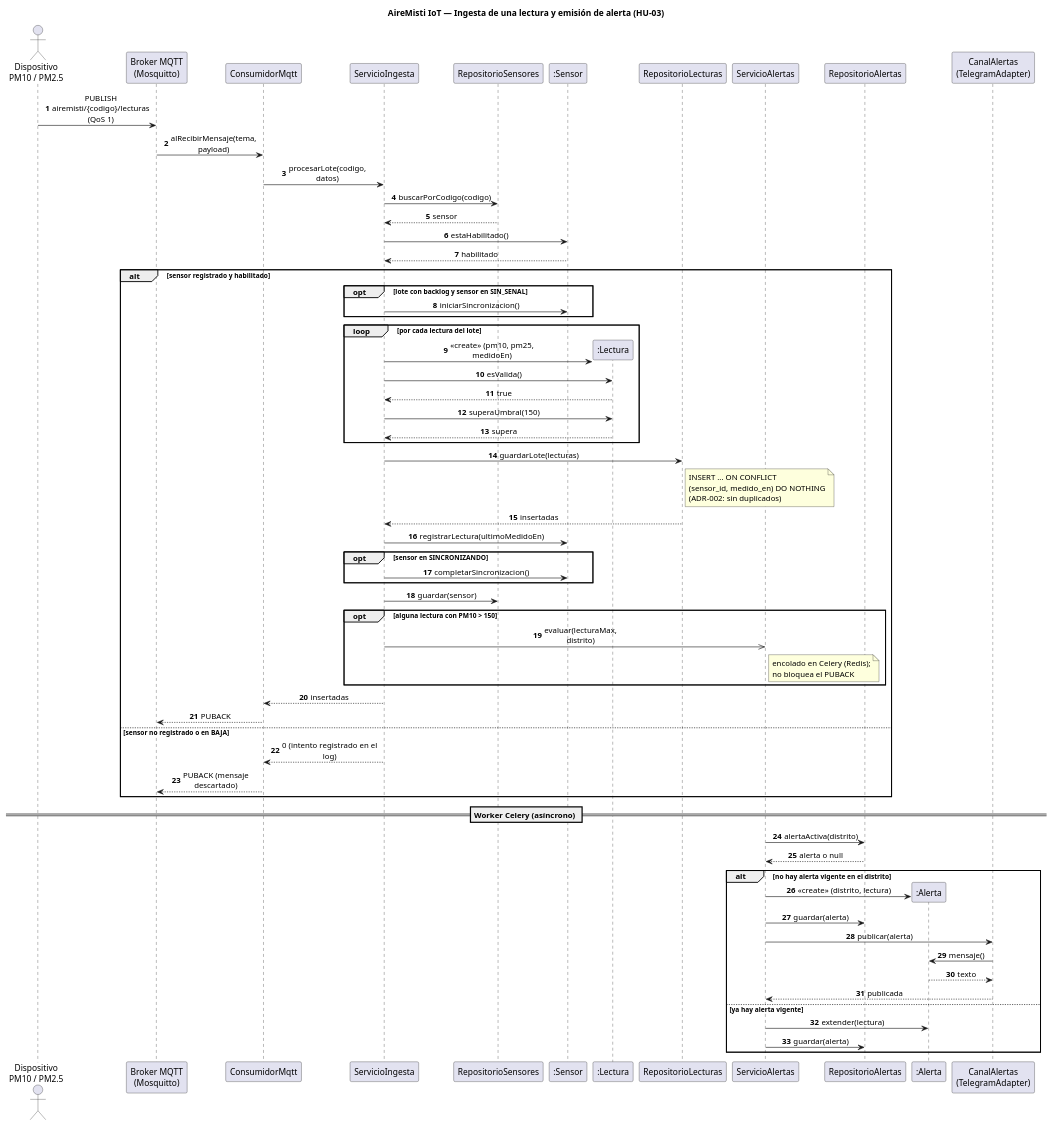
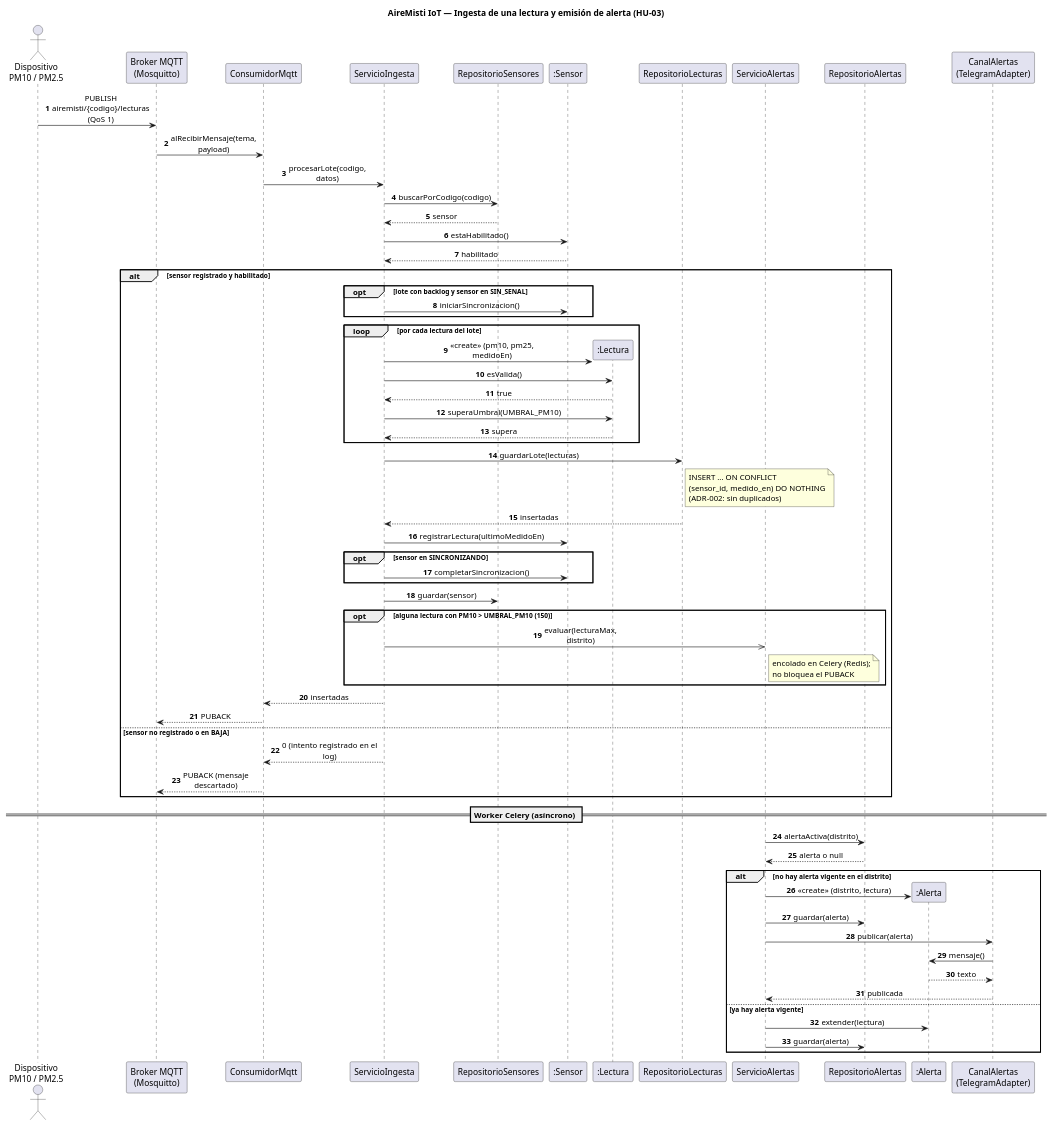
The diagram in docs/design/secuencia-ingesta-alerta.puml (DanielJosueGuillenValcarcel/cs-2026b-lab04), drawn with PlantUML before and after one commit. The commit also changed 3 other files, not shown here.

```diff
--- a/docs/design/secuencia-ingesta-alerta.puml
+++ b/docs/design/secuencia-ingesta-alerta.puml
@@ -1,80 +1,80 @@
 @startuml secuencia-ingesta-alerta
 skinparam shadowing false
 skinparam defaultFontName Arial
 skinparam sequenceMessageAlign center
 skinparam maxMessageSize 160
 autonumber
 title AireMisti IoT — Ingesta de una lectura y emisión de alerta (HU-03)
 
 actor "Dispositivo\nPM10 / PM2.5" as D
 participant "Broker MQTT\n(Mosquitto)" as B
 participant "ConsumidorMqtt" as C
 participant "ServicioIngesta" as S
 participant "RepositorioSensores" as RS
 participant ":Sensor" as SE
 participant ":Lectura" as L
 participant "RepositorioLecturas" as RL
 participant "ServicioAlertas" as SA
 participant "RepositorioAlertas" as RA
 participant ":Alerta" as A
 participant "CanalAlertas\n(TelegramAdapter)" as CA
 
 D -> B : PUBLISH airemisti/{codigo}/lecturas (QoS 1)
 B -> C : alRecibirMensaje(tema, payload)
 C -> S : procesarLote(codigo, datos)
 S -> RS : buscarPorCodigo(codigo)
 RS --> S : sensor
 S -> SE : estaHabilitado()
 SE --> S : habilitado
 
 alt sensor registrado y habilitado
   opt lote con backlog y sensor en SIN_SENAL
     S -> SE : iniciarSincronizacion()
   end
   loop por cada lectura del lote
     create L
     S -> L : <<create>> (pm10, pm25, medidoEn)
     S -> L : esValida()
     L --> S : true
-    S -> L : superaUmbral(150)
+    S -> L : superaUmbral(UMBRAL_PM10)
     L --> S : supera
   end
   S -> RL : guardarLote(lecturas)
   note right of RL
     INSERT ... ON CONFLICT
     (sensor_id, medido_en) DO NOTHING
     (ADR-002: sin duplicados)
   end note
   RL --> S : insertadas
   S -> SE : registrarLectura(ultimoMedidoEn)
   opt sensor en SINCRONIZANDO
     S -> SE : completarSincronizacion()
   end
   S -> RS : guardar(sensor)
-  opt alguna lectura con PM10 > 150
+  opt alguna lectura con PM10 > UMBRAL_PM10 (150)
     S ->> SA : evaluar(lecturaMax, distrito)
     note right of SA : encolado en Celery (Redis);\nno bloquea el PUBACK
   end
   S --> C : insertadas
   C --> B : PUBACK
 else sensor no registrado o en BAJA
   S --> C : 0 (intento registrado en el log)
   C --> B : PUBACK (mensaje descartado)
 end
 
 == Worker Celery (asíncrono) ==
 SA -> RA : alertaActiva(distrito)
 RA --> SA : alerta o null
 alt no hay alerta vigente en el distrito
   create A
   SA -> A : <<create>> (distrito, lectura)
   SA -> RA : guardar(alerta)
   SA -> CA : publicar(alerta)
   CA -> A : mensaje()
   A --> CA : texto
   CA --> SA : publicada
 else ya hay alerta vigente
   SA -> A : extender(lectura)
   SA -> RA : guardar(alerta)
 end
 @enduml
```
